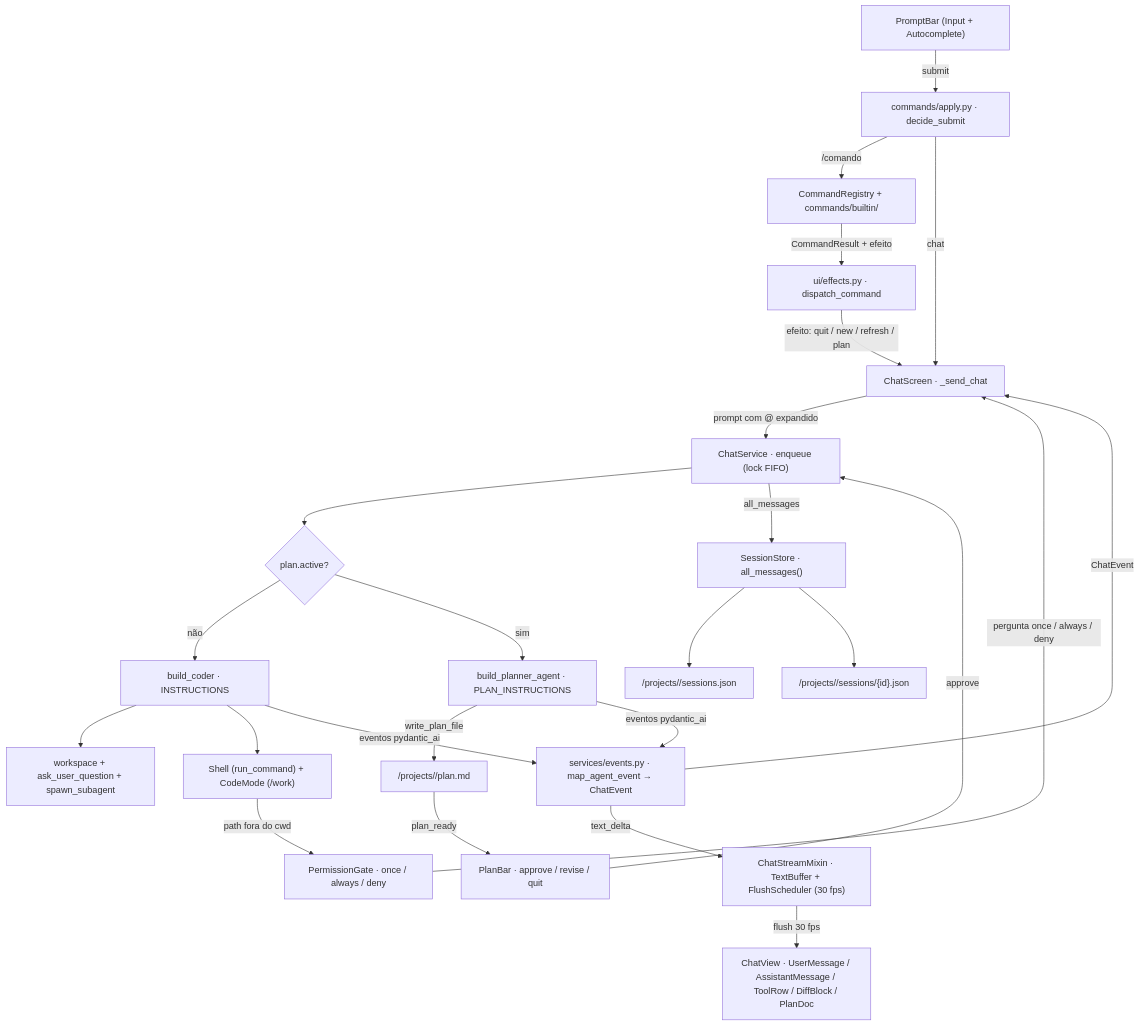
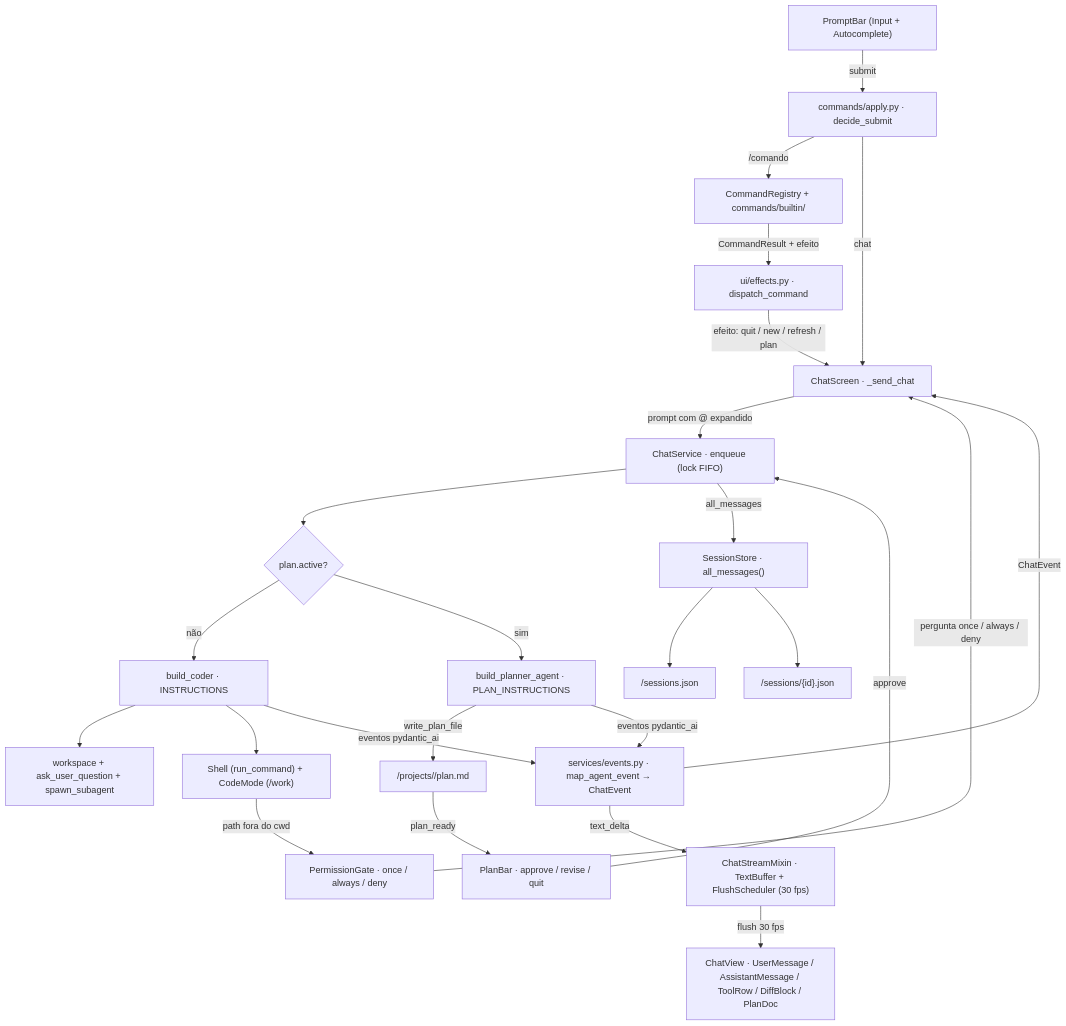
One commit to nicolasmmb/b3code changed the first of 5 diagrams in README.md. Above: the diagram before and after it, drawn with Mermaid. The commit also changed other lines of this file and 11 other files, not shown here.

Commit message:
feat: sessões por terminal e skills globais em b3code_home (squash de feat/sessions-por-terminal)

````diff
--- a/README.md
+++ b/README.md
@@ -332,48 +341,48 @@
 ```mermaid
 flowchart TB
     PROMPT["PromptBar (Input + Autocomplete)"]
     APPLY["commands/apply.py · decide_submit"]
     REG["CommandRegistry + commands/builtin/"]
     DISP["ui/effects.py · dispatch_command"]
     SCREEN["ChatScreen · _send_chat"]
     CHAT["ChatService · enqueue (lock FIFO)"]
     PLANQ{"plan.active?"}
     CODER["build_coder · INSTRUCTIONS"]
     PLANNER["build_planner_agent · PLAN_INSTRUCTIONS"]
     TOOLS["workspace + ask_user_question + spawn_subagent"]
     SHELL["Shell (run_command) + CodeMode (/work)"]
     GATE["PermissionGate · once / always / deny"]
     PLANMD["<home-b3code>/projects/<key>/plan.md"]
     PB["PlanBar · approve / revise / quit"]
     EVENTS["services/events.py · map_agent_event → ChatEvent"]
     STREAM["ChatStreamMixin · TextBuffer + FlushScheduler (30 fps)"]
     VIEW["ChatView · UserMessage / AssistantMessage / ToolRow / DiffBlock / PlanDoc"]
     SESS["SessionStore · all_messages()"]
-    IDX["<home-b3code>/projects/<key>/sessions.json"]
-    BLOBS["<home-b3code>/projects/<key>/sessions/{id}.json"]
+    IDX["<home-b3code>/sessions.json"]
+    BLOBS["<home-b3code>/sessions/{id}.json"]
 
     PROMPT -->|submit| APPLY
     APPLY -->|"/comando"| REG
     REG -->|CommandResult + efeito| DISP
     DISP -->|efeito: quit / new / refresh / plan| SCREEN
     APPLY -->|chat| SCREEN
     SCREEN -->|prompt com @ expandido| CHAT
     CHAT --> PLANQ
     PLANQ -->|não| CODER
     PLANQ -->|sim| PLANNER
     CODER --> TOOLS
     CODER --> SHELL
     SHELL -->|path fora do cwd| GATE
     GATE -->|pergunta once / always / deny| SCREEN
     PLANNER -->|write_plan_file| PLANMD
     PLANMD -->|plan_ready| PB
     PB -->|approve| CHAT
     CODER -->|eventos pydantic_ai| EVENTS
     PLANNER -->|eventos pydantic_ai| EVENTS
     EVENTS -->|ChatEvent| SCREEN
     EVENTS -->|text_delta| STREAM
     STREAM -->|flush 30 fps| VIEW
     CHAT -->|all_messages| SESS
     SESS --> IDX
     SESS --> BLOBS
 ```
````
